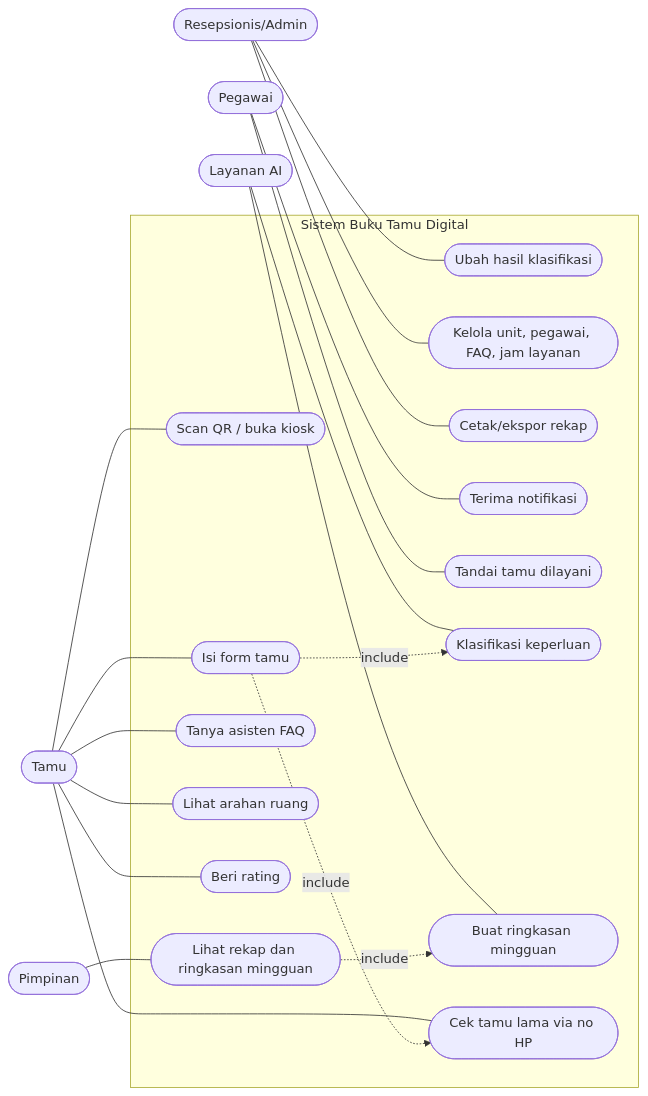
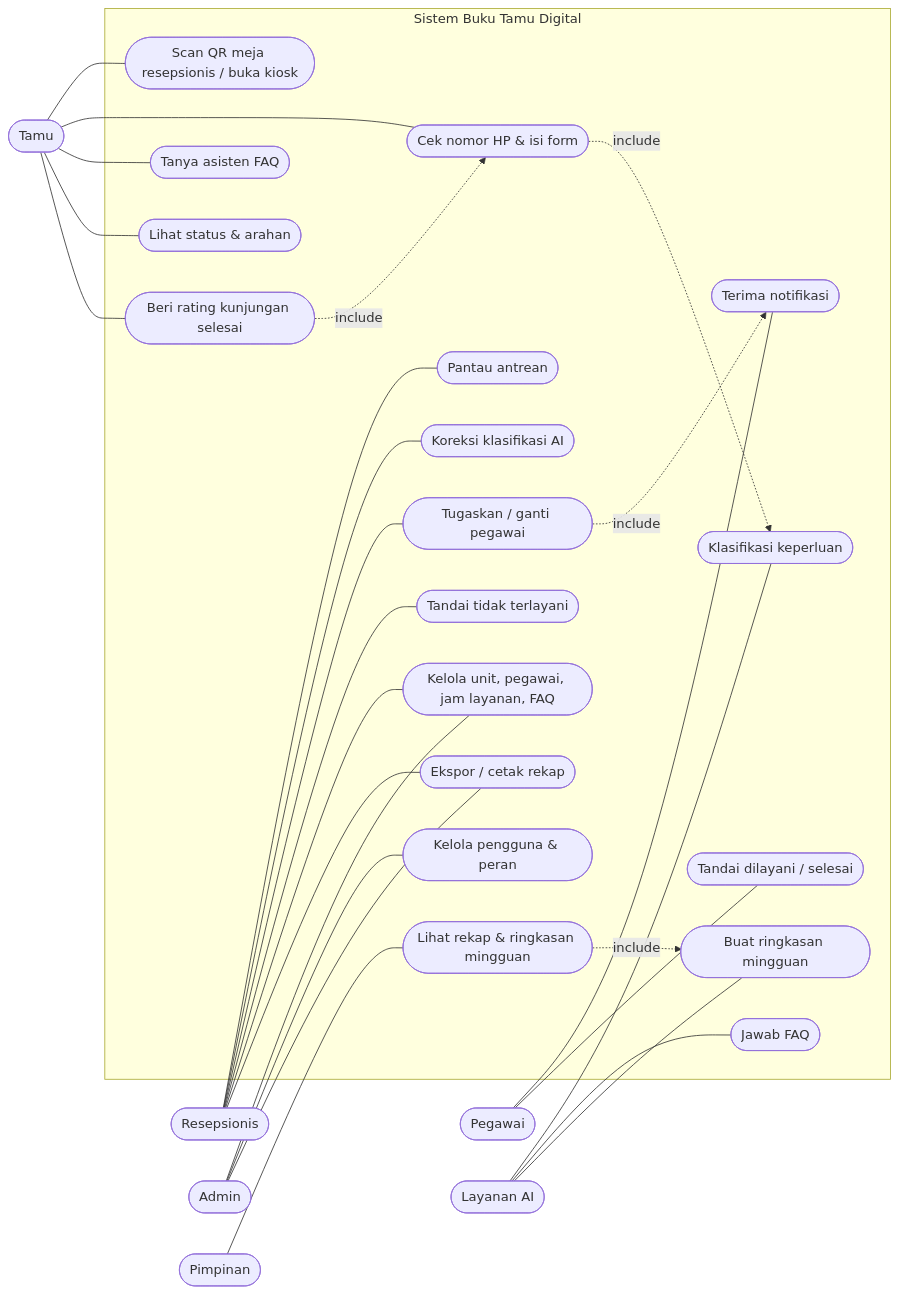
Before and after one commit to vemaarnandha/Buku-Tamu-Digital: the second of 5 diagrams in Desain Sistem Buku Tamu Digital.md, drawn with Mermaid. The commit also changed other lines of this file and 1 other file, not shown here.

Commit message:
docs: align README and design with final flow

````diff
--- a/Desain Sistem Buku Tamu Digital.md
+++ b/Desain Sistem Buku Tamu Digital.md
@@ -85,32 +158,42 @@
 ```mermaid
 flowchart LR
   T([Tamu])
-  R([Resepsionis/Admin])
+  R([Resepsionis])
+  A([Admin])
   P([Pegawai])
   M([Pimpinan])
   AI([Layanan AI])
+
   subgraph S[Sistem Buku Tamu Digital]
-    U1([Scan QR / buka kiosk])
-    U2([Isi form tamu])
+    U1([Scan QR meja resepsionis / buka kiosk])
+    U2([Cek nomor HP & isi form])
     U3([Tanya asisten FAQ])
-    U4([Lihat arahan ruang])
-    U5([Beri rating])
-    U6([Ubah hasil klasifikasi])
-    U7([Kelola unit, pegawai, FAQ, jam layanan])
-    U8([Cetak/ekspor rekap])
-    U9([Terima notifikasi])
-    U10([Tandai tamu dilayani])
-    U11([Lihat rekap dan ringkasan mingguan])
-    U12([Klasifikasi keperluan])
-    U13([Buat ringkasan mingguan])
-    U14([Cek tamu lama via no HP])
+    U4([Lihat status & arahan])
+    U5([Beri rating kunjungan selesai])
+    U6([Pantau antrean])
+    U7([Koreksi klasifikasi AI])
+    U8([Tugaskan / ganti pegawai])
+    U9([Tandai tidak terlayani])
+    U10([Kelola unit, pegawai, jam layanan, FAQ])
+    U11([Kelola pengguna & peran])
+    U12([Ekspor / cetak rekap])
+    U13([Terima notifikasi])
+    U14([Tandai dilayani / selesai])
+    U15([Lihat rekap & ringkasan mingguan])
+    U16([Klasifikasi keperluan])
+    U17([Jawab FAQ])
+    U18([Buat ringkasan mingguan])
   end
-  T --- U1 & U2 & U3 & U4 & U5 & U14
-  R --- U6 & U7 & U8
-  P --- U9 & U10
-  M --- U11
-  AI --- U12 & U13
-  U2 -.->|include| U12
-  U2 -.->|include| U14
-  U11 -.->|include| U13
+
+  T --- U1 & U2 & U3 & U4 & U5
+  R --- U6 & U7 & U8 & U9 & U10 & U12
+  A --- U10 & U11 & U12
+  P --- U13 & U14
+  M --- U15
+  AI --- U16 & U17 & U18
+
+  U2 -.->|include| U16
+  U5 -.->|include| U2
+  U15 -.->|include| U18
+  U8 -.->|include| U13
 ```
````
